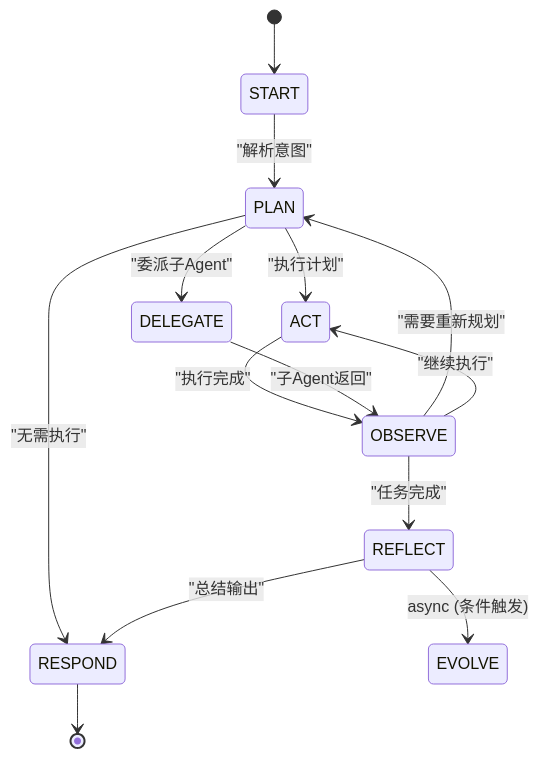
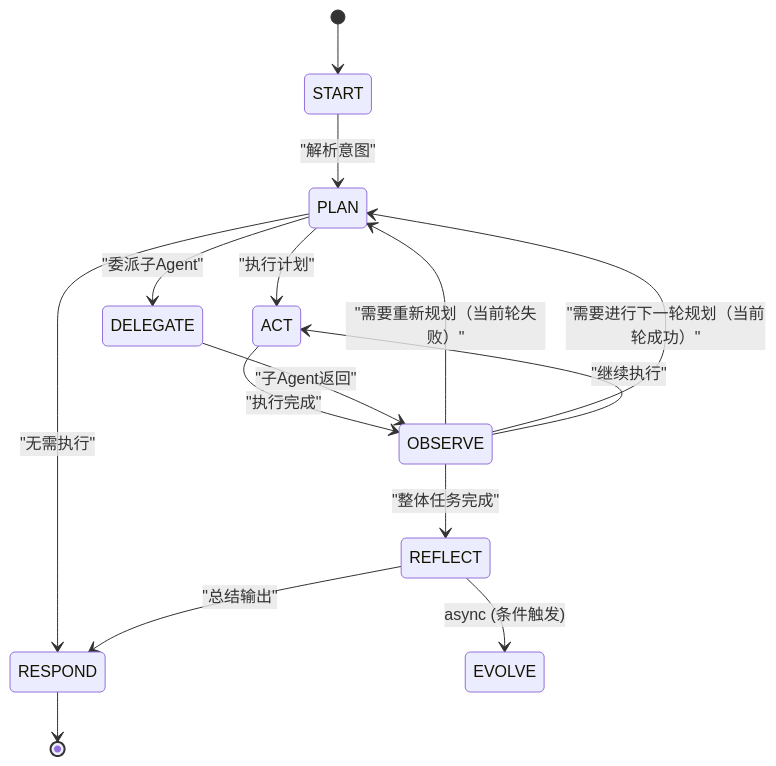
One commit to GoatGit/semibot changed the first of 3 diagrams in docs/design/AGENT_RUNTIME.md. Above: the diagram before and after it, drawn with Mermaid. The commit also changed other lines of this file and 69 other files, not shown here.

````diff
--- a/docs/design/AGENT_RUNTIME.md
+++ b/docs/design/AGENT_RUNTIME.md
@@ -23,21 +23,22 @@
 ```mermaid
 stateDiagram-v2
     [*] --> START
     START --> PLAN : "解析意图"
     
     PLAN --> ACT : "执行计划"
     PLAN --> DELEGATE : "委派子Agent"
     PLAN --> RESPOND : "无需执行"
     
     ACT --> OBSERVE : "执行完成"
     DELEGATE --> OBSERVE : "子Agent返回"
     
-    OBSERVE --> PLAN : "需要重新规划"
+    OBSERVE --> PLAN : "需要重新规划（当前轮失败）"
+    OBSERVE --> PLAN : "需要进行下一轮规划（当前轮成功）"
     OBSERVE --> ACT : "继续执行"
-    OBSERVE --> REFLECT : "任务完成"
+    OBSERVE --> REFLECT : "整体任务完成"
     
     REFLECT --> RESPOND : "总结输出"
     REFLECT --> EVOLVE : async (条件触发)
 
     RESPOND --> [*]
 ```
````
